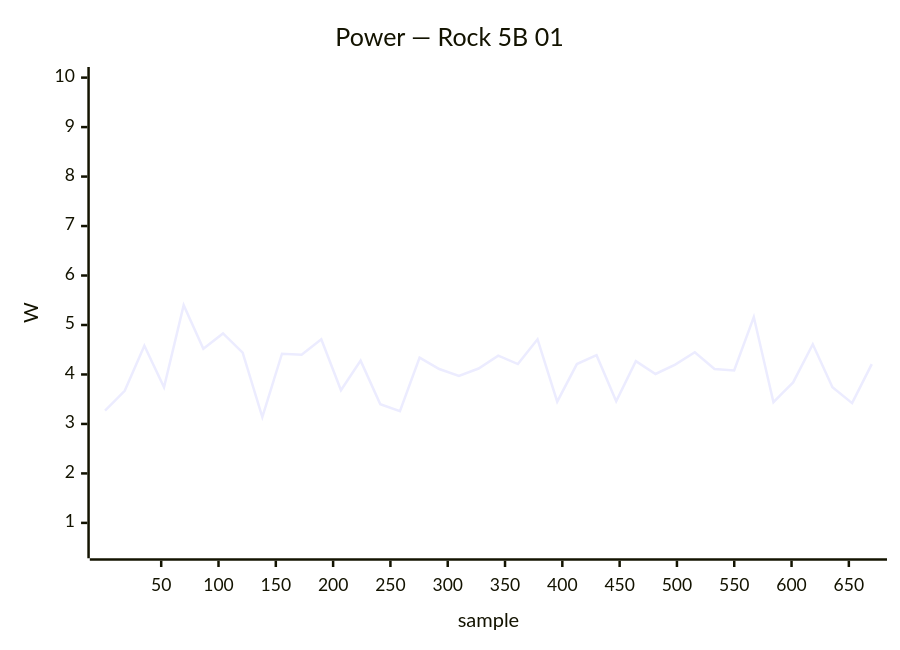
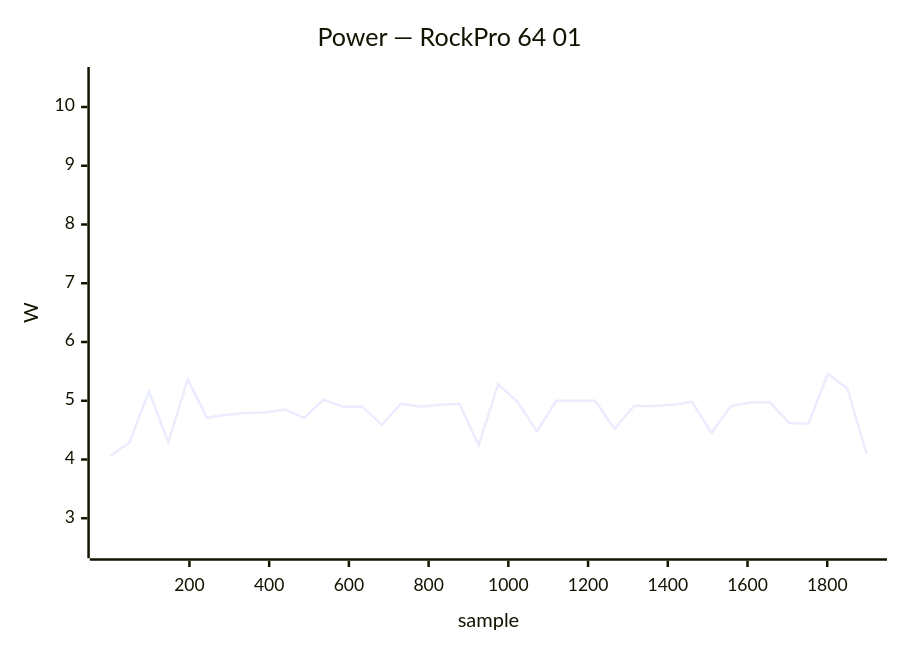
One commit to armbian/documentation changed diagram 14 of 34 in docs/status/board-tests.md. Above: the diagram before and after it, drawn with Mermaid. The commit also changed other lines of this file, not shown here.

````diff
--- a/docs/status/board-tests.md
+++ b/docs/status/board-tests.md
@@ -777,7 +759,7 @@
 ```mermaid
 xychart-beta
-    title "Power — Rock 5B 01"
-    x-axis "sample" 1 --> 670
-    y-axis "W" 0.5 --> 10.0
-    line [3.27, 3.67, 4.58, 3.74, 5.40, 4.52, 4.83, 4.44, 3.14, 4.42, 4.40, 4.71, 3.68, 4.28, 3.40, 3.26, 4.34, 4.11, 3.97, 4.12, 4.38, 4.21, 4.71, 3.45, 4.21, 4.39, 3.46, 4.27, 4.01, 4.20, 4.45, 4.11, 4.08, 5.16, 3.44, 3.84, 4.61, 3.74, 3.42, 4.21]
+    title "Power — RockPro 64 01"
+    x-axis "sample" 1 --> 1899
+    y-axis "W" 2.5 --> 10.5
+    line [4.06, 4.29, 5.16, 4.29, 5.36, 4.71, 4.76, 4.79, 4.80, 4.85, 4.71, 5.02, 4.90, 4.90, 4.59, 4.95, 4.90, 4.93, 4.95, 4.24, 5.28, 4.98, 4.48, 5.00, 5.00, 5.00, 4.52, 4.91, 4.91, 4.93, 4.98, 4.45, 4.91, 4.97, 4.98, 4.62, 4.61, 5.46, 5.21, 4.09]
 ```
````
